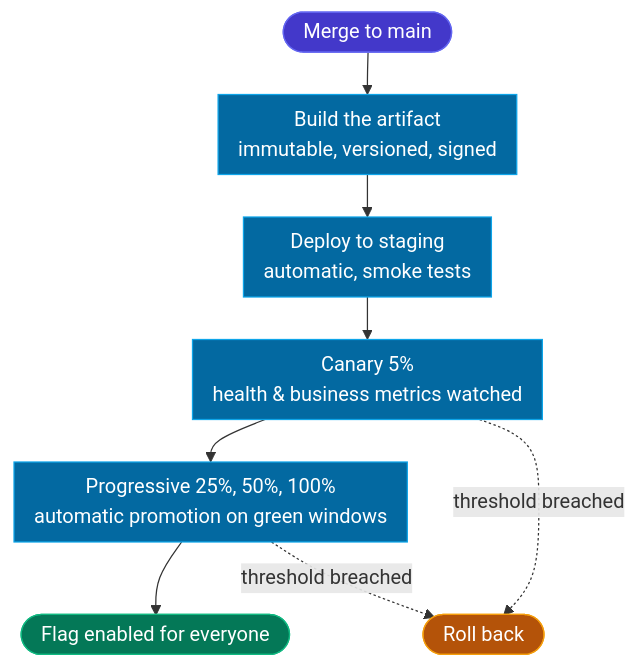
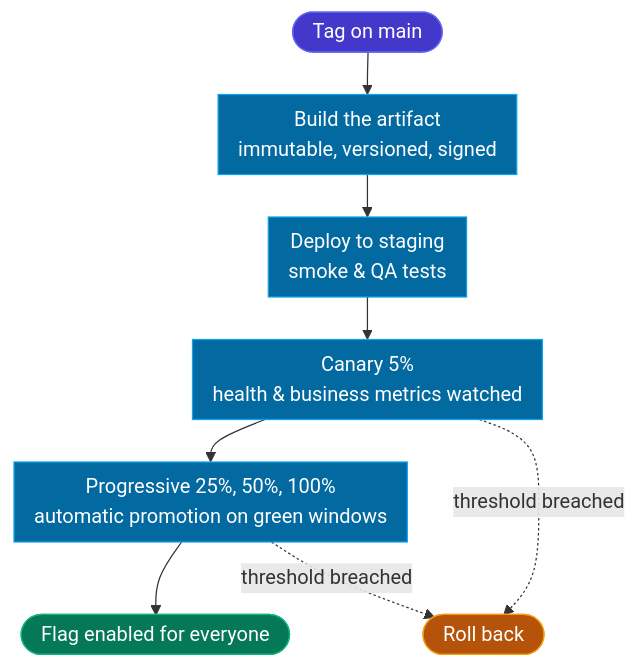
The diagram in website/docs/guide/stage-release.md (ALTEN-group/agentic-software-factory), drawn with Mermaid before and after one commit. The commit also changed other lines of this file and 24 other files, not shown here.

````diff
--- a/website/docs/guide/stage-release.md
+++ b/website/docs/guide/stage-release.md
@@ -32,32 +32,32 @@
 ```mermaid
 ---
 caption: From merge to users, automated and reversible at every step
 config:
   flowchart:
     padding: 8
     wrappingWidth: 320
     nodeSpacing: 30
     rankSpacing: 34
 ---
 flowchart TB
-  MERGE(["&nbsp;&nbsp;Merge to main&nbsp;&nbsp;"])
+  MERGE(["&nbsp;&nbsp;Tag on main&nbsp;&nbsp;"])
   BUILD["Build the artifact<br/>immutable, versioned, signed"]
-  STAGING["Deploy to staging<br/>automatic, smoke tests"]
+  STAGING["Deploy to staging<br/>smoke &amp; QA tests"]
   CANARY["Canary 5%<br/>health & business metrics watched"]
   PROG["Progressive 25%, 50%, 100%<br/>automatic promotion on green windows"]
   FLAG(["&nbsp;&nbsp;Flag enabled for everyone&nbsp;&nbsp;"])
   BACK(["&nbsp;&nbsp;Roll back&nbsp;&nbsp;"])
 
   MERGE --> BUILD --> STAGING --> CANARY --> PROG --> FLAG
   CANARY -.->|"threshold breached"| BACK
   PROG -.->|"threshold breached"| BACK
 
   classDef start fill:#4338ca,stroke:#6366f1,color:#ffffff
   classDef step fill:#0369a1,stroke:#0ea5e9,color:#ffffff
   classDef done fill:#047857,stroke:#10b981,color:#ffffff
   classDef back fill:#b45309,stroke:#f59e0b,color:#ffffff
   class MERGE start
   class BUILD,STAGING,CANARY,PROG step
   class FLAG done
   class BACK back
 ```
````
